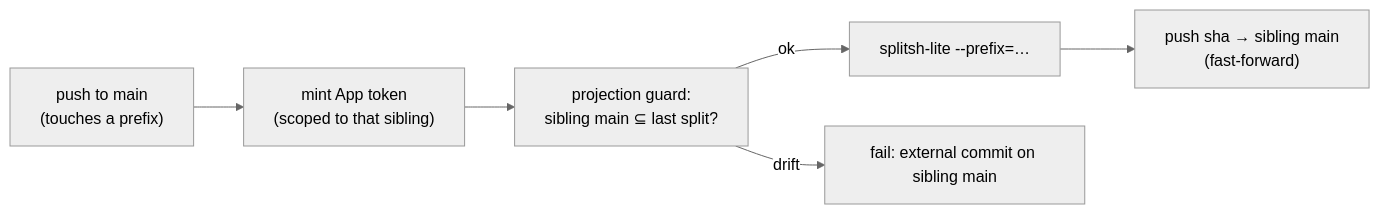
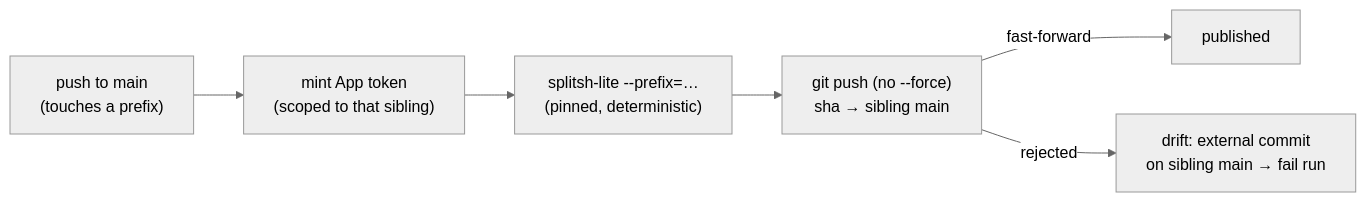
Before and after one commit to forwardimpact/monorepo: the first of 2 diagrams in specs/2140-subtree-split-actions/design-a.md, drawn with Mermaid (neutral theme). The commit also changed other lines of this file and 1 other file, not shown here.

First line of the commit message:
design(2140): revise per review panel — seed/lineage + non-force guard

````diff
--- a/specs/2140-subtree-split-actions/design-a.md
+++ b/specs/2140-subtree-split-actions/design-a.md
@@ -35,8 +38,8 @@
 ```mermaid
 graph LR
   P["push to main<br/>(touches a prefix)"] --> T["mint App token<br/>(scoped to that sibling)"]
-  T --> G["projection guard:<br/>sibling main ⊆ last split?"]
-  G -->|ok| S["splitsh-lite --prefix=…"]
-  S --> U["push sha → sibling main<br/>(fast-forward)"]
-  G -->|drift| F["fail: external commit on sibling main"]
+  T --> S["splitsh-lite --prefix=…<br/>(pinned, deterministic)"]
+  S --> U["git push (no --force)<br/>sha → sibling main"]
+  U -->|fast-forward| OK["published"]
+  U -->|rejected| F["drift: external commit<br/>on sibling main → fail run"]
 ```
````
